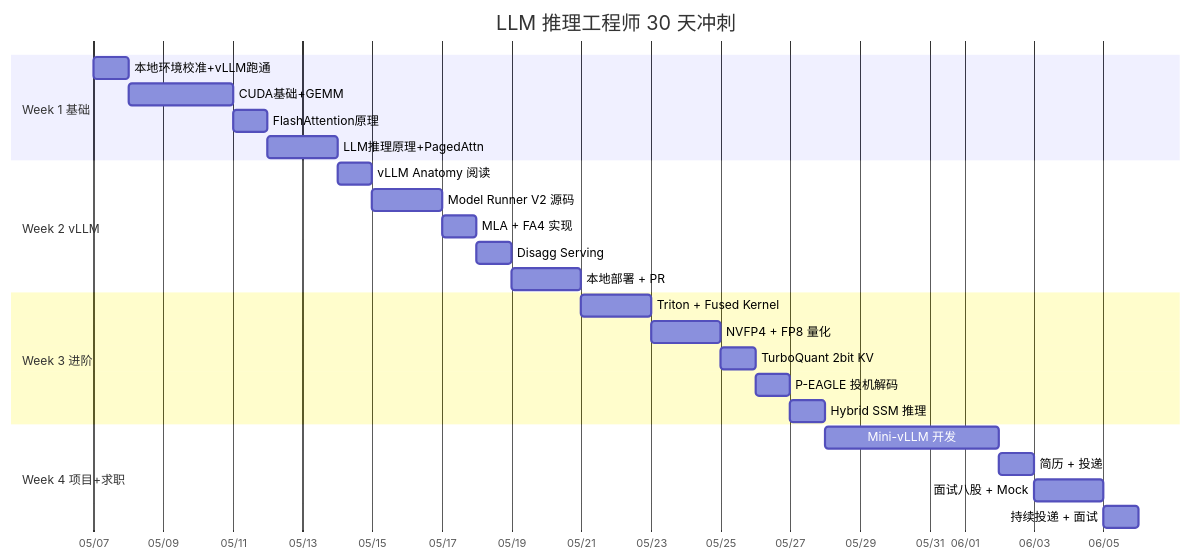
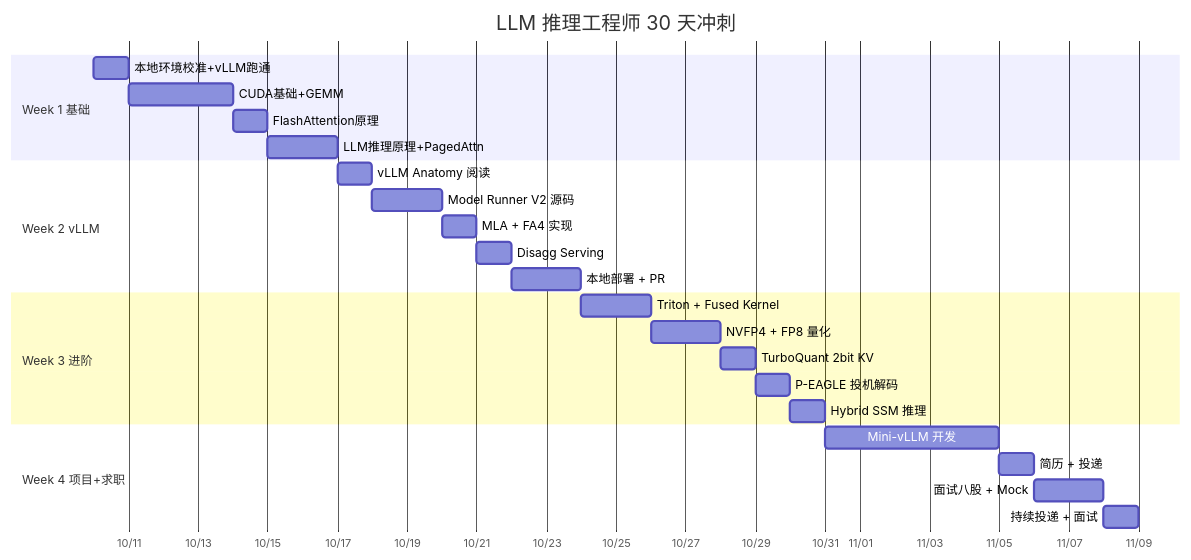
Before and after one commit to Xuefei-Zhang/llm-infer-journey: the second of 4 diagrams in README.md, drawn with Mermaid. The commit also changed other lines of this file and 13 other files, not shown here.

````diff
--- a/README.md
+++ b/README.md
@@ -50,32 +50,32 @@
 ```mermaid
 gantt
     title LLM 推理工程师 30 天冲刺
     dateFormat YYYY-MM-DD
     axisFormat %m/%d
 
     section Week 1 基础
-    本地环境校准+vLLM跑通  :a1, 2026-05-07, 1d
+    本地环境校准+vLLM跑通  :a1, 2026-10-10, 1d
     CUDA基础+GEMM        :a2, after a1, 3d
     FlashAttention原理    :a3, after a2, 1d
     LLM推理原理+PagedAttn :a4, after a3, 2d
 
     section Week 2 vLLM
     vLLM Anatomy 阅读   :b1, after a4, 1d
     Model Runner V2 源码 :b2, after b1, 2d
     MLA + FA4 实现      :b3, after b2, 1d
     Disagg Serving      :b4, after b3, 1d
     本地部署 + PR        :b5, after b4, 2d
 
     section Week 3 进阶
     Triton + Fused Kernel:c1, after b5, 2d
     NVFP4 + FP8 量化     :c2, after c1, 2d
     TurboQuant 2bit KV   :c3, after c2, 1d
     P-EAGLE 投机解码     :c4, after c3, 1d
     Hybrid SSM 推理      :c5, after c4, 1d
 
     section Week 4 项目+求职
     Mini-vLLM 开发       :d1, after c5, 5d
     简历 + 投递          :d2, after d1, 1d
     面试八股 + Mock      :d3, after d2, 2d
     持续投递 + 面试       :d4, after d3, 1d
 ```
````
